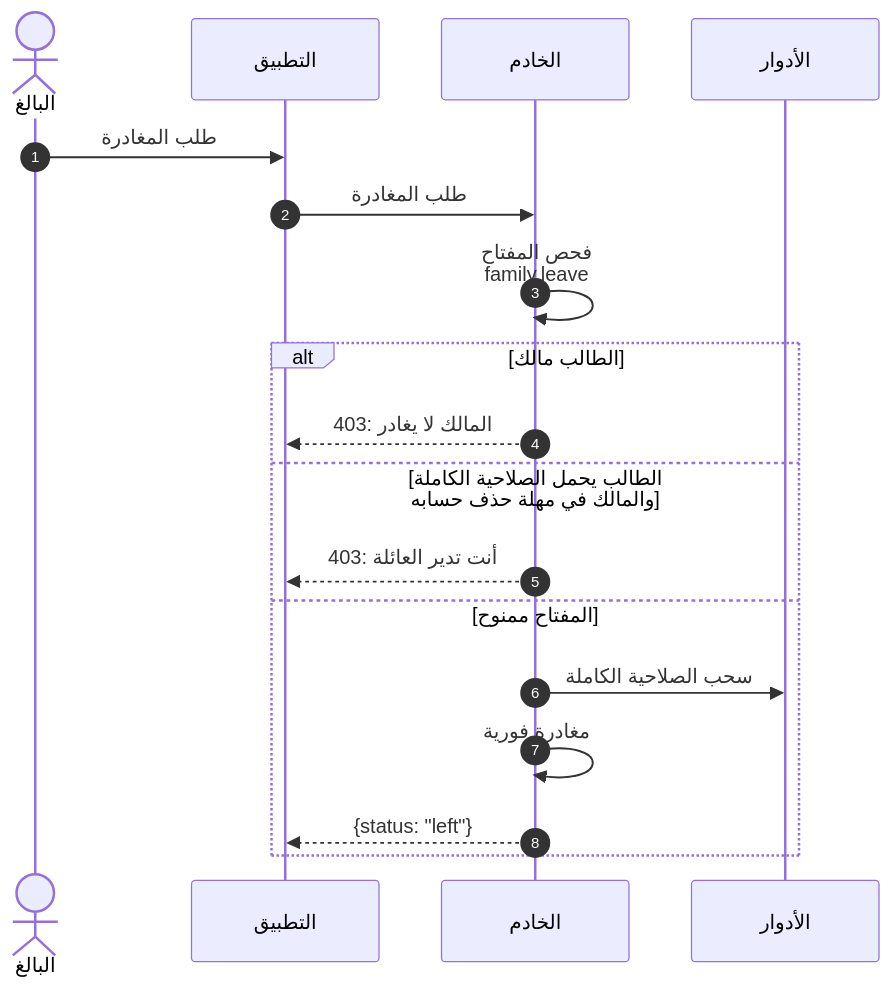
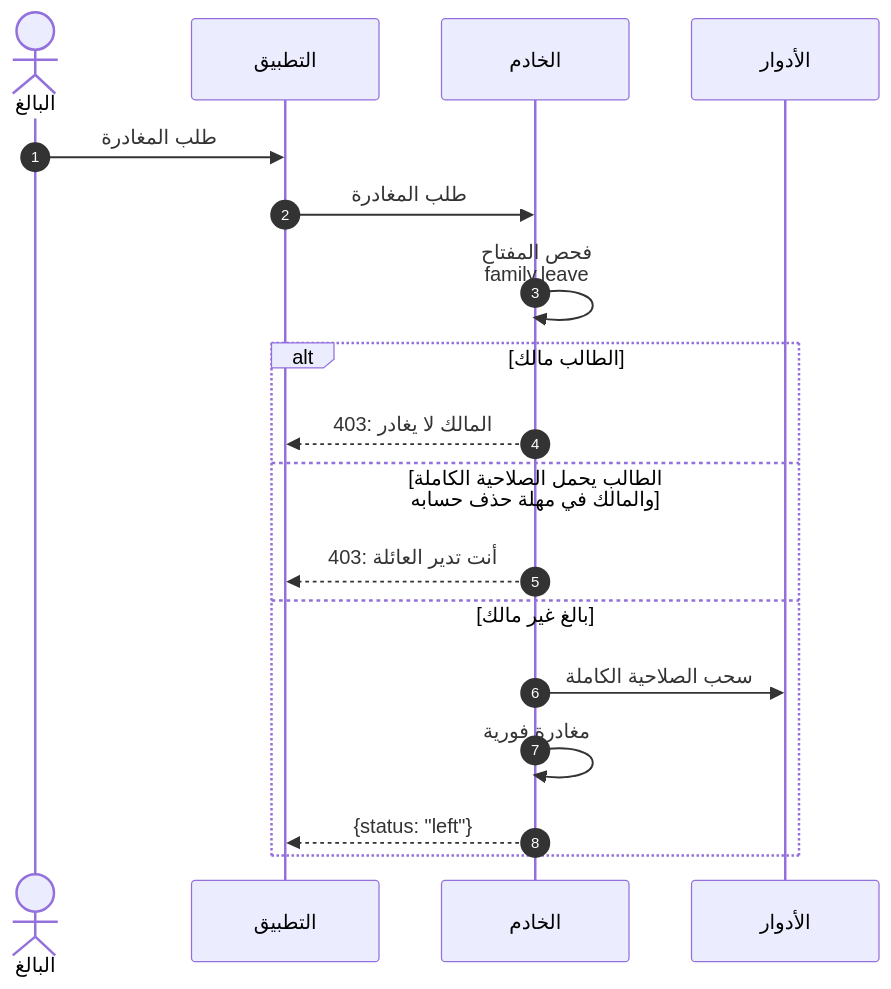
Diagram 14 of 36 in docs/family-os/governance/phases/phase-1/S1-02-identity-and-onboarding/DIAGRAMS.md (Bassam-mohammed-alqaeadi/family-os-v2), drawn with Mermaid before and after one commit. The commit also changed other lines of this file and 22 other files, not shown here.

First line of the commit message:
docs(governance): diagrams approved (Q-445), Q-440 choices settled (Q-444), second layer closed (Q-443)

````diff
--- a/docs/family-os/governance/phases/phase-1/S1-02-identity-and-onboarding/DIAGRAMS.md
+++ b/docs/family-os/governance/phases/phase-1/S1-02-identity-and-onboarding/DIAGRAMS.md
@@ -666,21 +666,21 @@
 ```mermaid
 %%{init: {"sequence": {"wrap": true}}}%%
 sequenceDiagram
     autonumber
     actor Adult as البالغ
     participant App as التطبيق
     participant Ktor as الخادم
     participant S103 as الأدوار
     Adult->>App: طلب المغادرة
     App->>Ktor: طلب المغادرة
     Ktor->>Ktor: فحص المفتاح family.leave
     alt الطالب مالك
         Ktor-->>App: 403: المالك لا يغادر
     else الطالب يحمل الصلاحية الكاملة والمالك في مهلة حذف حسابه
         Ktor-->>App: 403: أنت تدير العائلة
-    else المفتاح ممنوح
+    else بالغ غير مالك
         Ktor->>S103: سحب الصلاحية الكاملة
         Ktor->>Ktor: مغادرة فورية
         Ktor-->>App: {status: "left"}
     end
 ```
````
